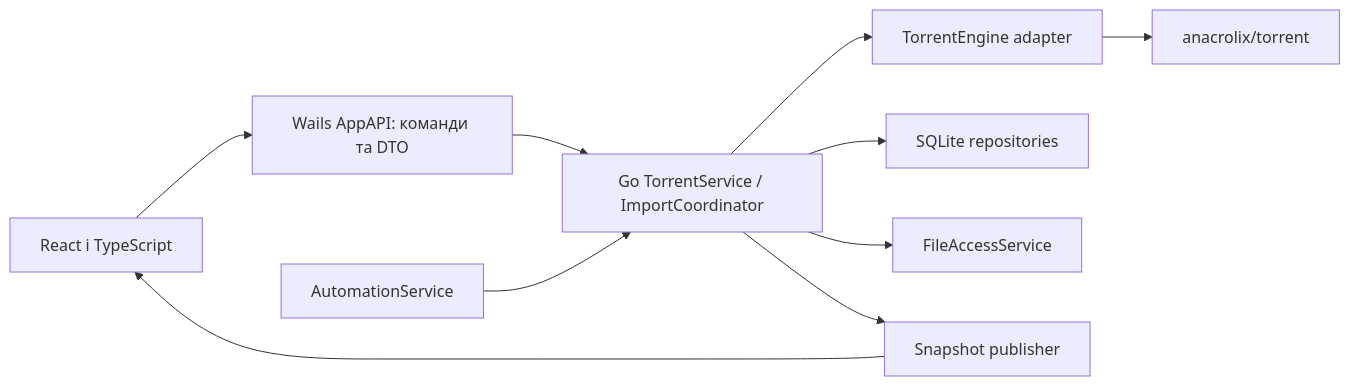
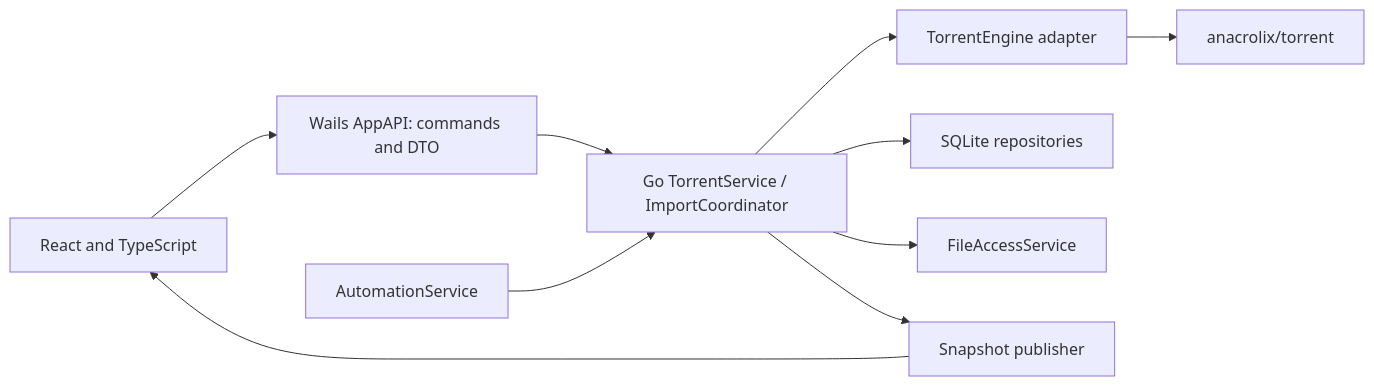
One commit to ytsykvas/octopus-torrent changed the diagram in APPLICATION_ARCHITECTURE.md. Above: the diagram before and after it, drawn with Mermaid. The commit also changed other lines of this file and 90 other files, not shown here.

````diff
--- a/APPLICATION_ARCHITECTURE.md
+++ b/APPLICATION_ARCHITECTURE.md
@@ -21,12 +21,12 @@
 ```mermaid
 flowchart LR
-  UI[React і TypeScript] --> API[Wails AppAPI: команди та DTO]
+  UI[React and TypeScript] --> API[Wails AppAPI: commands and DTO]
   API --> Service[Go TorrentService / ImportCoordinator]
   Service --> Engine[TorrentEngine adapter]
   Engine --> Torrent[anacrolix/torrent]
   Service --> DB[SQLite repositories]
   Service --> Files[FileAccessService]
   Auto[AutomationService] --> Service
   Service --> Snapshots[Snapshot publisher]
   Snapshots --> UI
 ```
````
